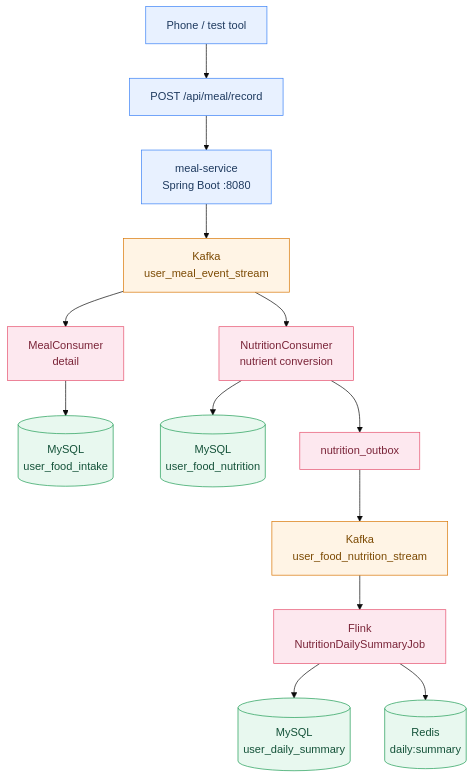
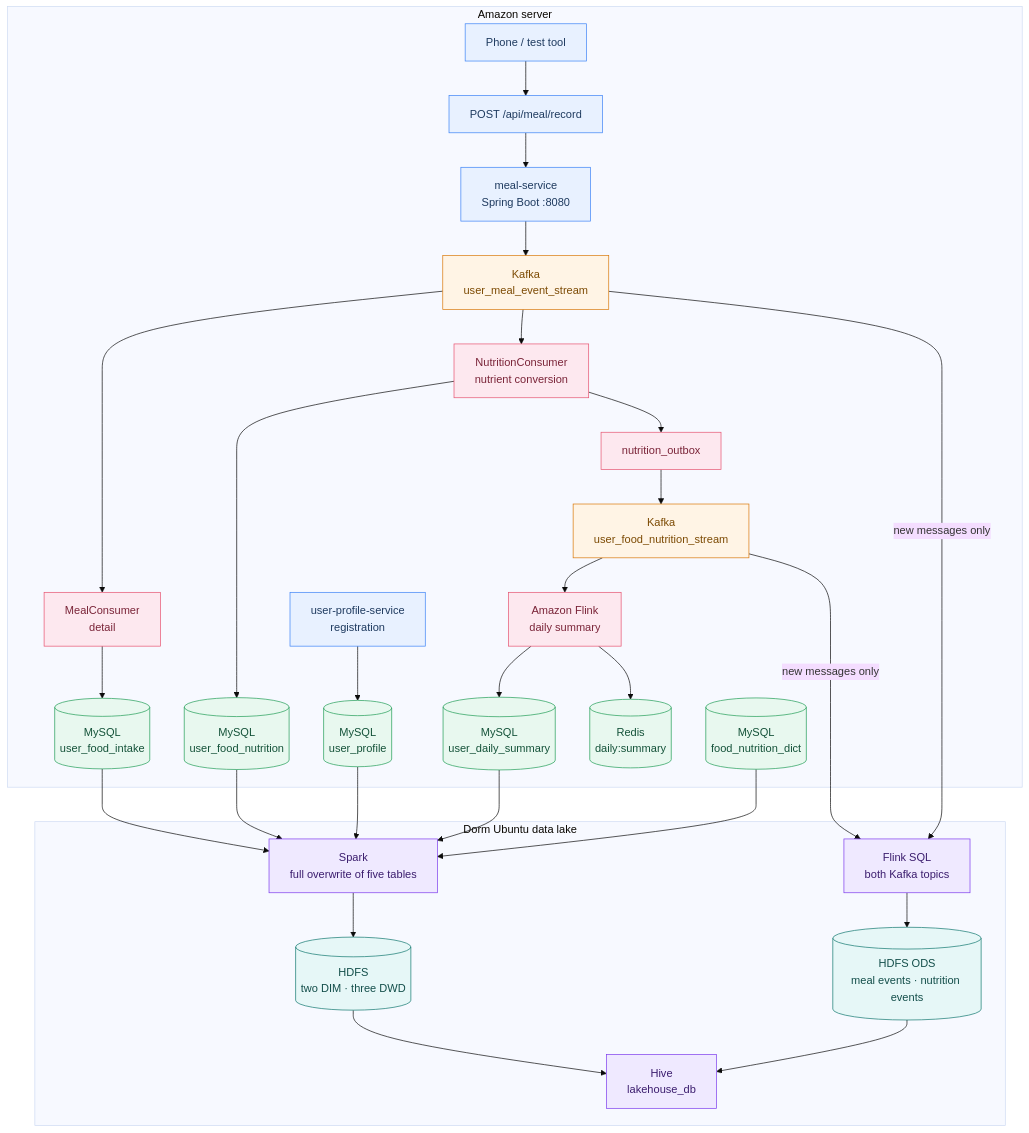
One commit to LEE-star-sudo/diet-health-platform changed the diagram in README.md. Above: the diagram before and after it, drawn with Mermaid (base theme). The commit also changed 2 other files, not shown here.

Commit message:
Show the Ubuntu data lake on the architecture diagram.
Flink writes the two Kafka topics into ODS, and Spark copies the five MySQL tables onto HDFS for Hive.

````diff
--- a/README.md
+++ b/README.md
@@ -40,28 +40,53 @@
 ```mermaid
 flowchart TD
-    phone["Phone / test tool"] --> api["POST /api/meal/record"]
-    api --> meal["meal-service<br/>Spring Boot :8080"]
-    meal --> kafka["Kafka<br/>user_meal_event_stream"]
+    subgraph amazon["Amazon server"]
+        phone["Phone / test tool"] --> api["POST /api/meal/record"]
+        api --> meal["meal-service<br/>Spring Boot :8080"]
+        meal --> kafka["Kafka<br/>user_meal_event_stream"]
+        kafka --> detail["MealConsumer<br/>detail"]
+        kafka --> convert["NutritionConsumer<br/>nutrient conversion"]
+        detail --> intake[("MySQL<br/>user_food_intake")]
+        convert --> nutrition[("MySQL<br/>user_food_nutrition")]
+        convert --> outbox["nutrition_outbox"]
+        outbox --> kafka2["Kafka<br/>user_food_nutrition_stream"]
+        kafka2 --> flink["Amazon Flink<br/>daily summary"]
+        flink --> daily[("MySQL<br/>user_daily_summary")]
+        flink --> redis[("Redis<br/>daily:summary")]
+        register["user-profile-service<br/>registration"] --> profile[("MySQL<br/>user_profile")]
+        dict[("MySQL<br/>food_nutrition_dict")]
+    end
 
-    kafka --> detail["MealConsumer<br/>detail"]
-    kafka --> convert["NutritionConsumer<br/>nutrient conversion"]
+    subgraph ubuntu["Dorm Ubuntu data lake"]
+        lakeFlink["Flink SQL<br/>both Kafka topics"]
+        spark["Spark<br/>full overwrite of five tables"]
+        ods[("HDFS ODS<br/>meal events · nutrition events")]
+        full[("HDFS<br/>two DIM · three DWD")]
+        hive["Hive<br/>lakehouse_db"]
+        lakeFlink --> ods
+        spark --> full
+        ods --> hive
+        full --> hive
+    end
 
-    detail --> intake[("MySQL<br/>user_food_intake")]
-
-    convert --> nutrition[("MySQL<br/>user_food_nutrition")]
-    convert --> outbox["nutrition_outbox"]
-    outbox --> kafka2["Kafka<br/>user_food_nutrition_stream"]
-    kafka2 --> flink["Flink<br/>NutritionDailySummaryJob"]
-    flink --> daily[("MySQL<br/>user_daily_summary")]
-    flink --> redis[("Redis<br/>daily:summary")]
+    kafka -->|"new messages only"| lakeFlink
+    kafka2 -->|"new messages only"| lakeFlink
+    profile --> spark
+    dict --> spark
+    intake --> spark
+    nutrition --> spark
+    daily --> spark
 
     classDef entry fill:#e8f1ff,stroke:#3b82f6,color:#1e3a5f
     classDef queue fill:#fff4e5,stroke:#d97706,color:#7c4a03
     classDef calc fill:#fde8ef,stroke:#e6526f,color:#7a2438
     classDef store fill:#e8f8ef,stroke:#1f9d55,color:#145239
+    classDef lake fill:#efe9ff,stroke:#7c3aed,color:#3b1d6e
+    classDef hdfs fill:#e6f7f7,stroke:#0f766e,color:#134e4a
 
-    class phone,api,meal entry
+    class phone,api,meal,register entry
     class kafka,kafka2 queue
     class detail,convert,outbox,flink calc
-    class intake,nutrition,daily,redis store
+    class intake,nutrition,daily,redis,profile,dict store
+    class lakeFlink,spark,hive lake
+    class ods,full hdfs
 ```
````
